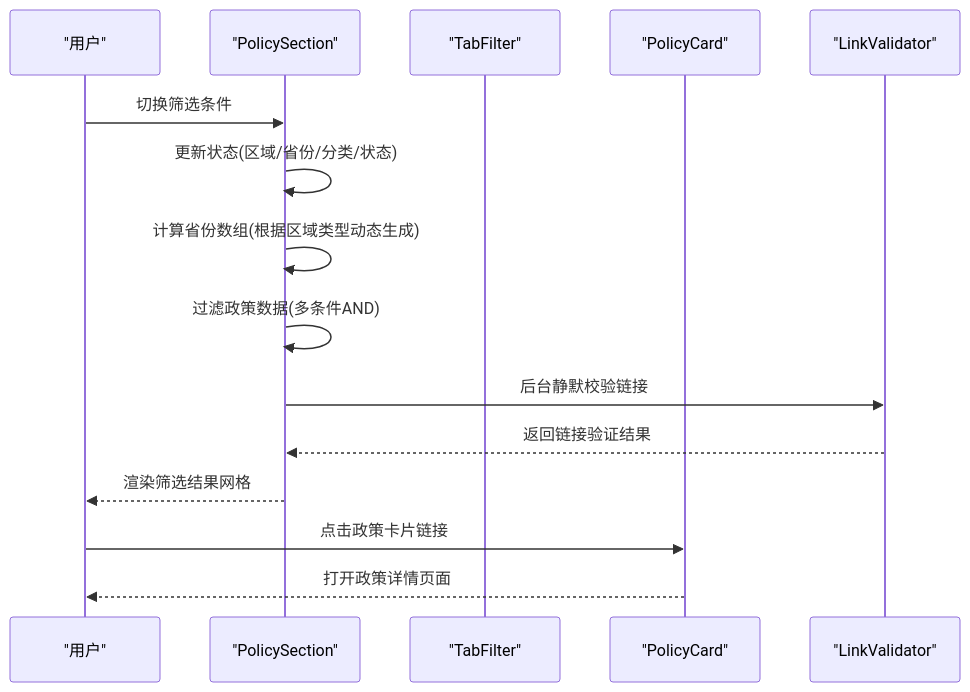
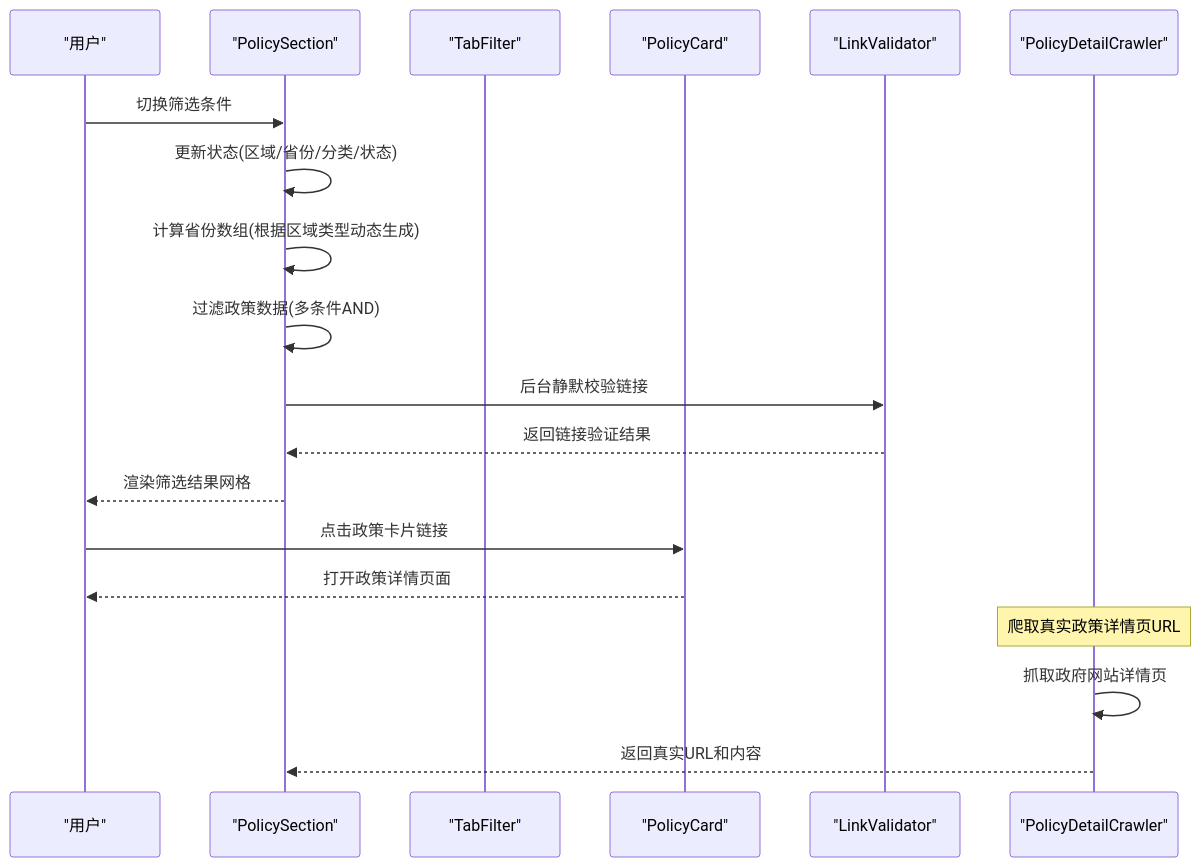
One commit to liangxuanliang-cmd/carbon-info-agent changed the second of 14 diagrams in .qoder/repowiki/zh/content/功能模块/政策信息模块.md. Above: the diagram before and after it, drawn with Mermaid. The commit also changed other lines of this file and 21 other files, not shown here.

````diff
--- a/.qoder/repowiki/zh/content/功能模块/政策信息模块.md
+++ b/.qoder/repowiki/zh/content/功能模块/政策信息模块.md
@@ -141,17 +173,21 @@
 ```mermaid
 sequenceDiagram
 participant U as "用户"
 participant PS as "PolicySection"
 participant TF as "TabFilter"
 participant PC as "PolicyCard"
 participant LV as "LinkValidator"
+participant PDC as "PolicyDetailCrawler"
 U->>PS : 切换筛选条件
 PS->>PS : 更新状态(区域/省份/分类/状态)
 PS->>PS : 计算省份数组(根据区域类型动态生成)
 PS->>PS : 过滤政策数据(多条件AND)
 PS->>LV : 后台静默校验链接
 LV-->>PS : 返回链接验证结果
 PS-->>U : 渲染筛选结果网格
 U->>PC : 点击政策卡片链接
 PC-->>U : 打开政策详情页面
+Note over PDC : 爬取真实政策详情页URL
+PDC->>PDC : 抓取政府网站详情页
+PDC-->>PS : 返回真实URL和内容
 ```
````
